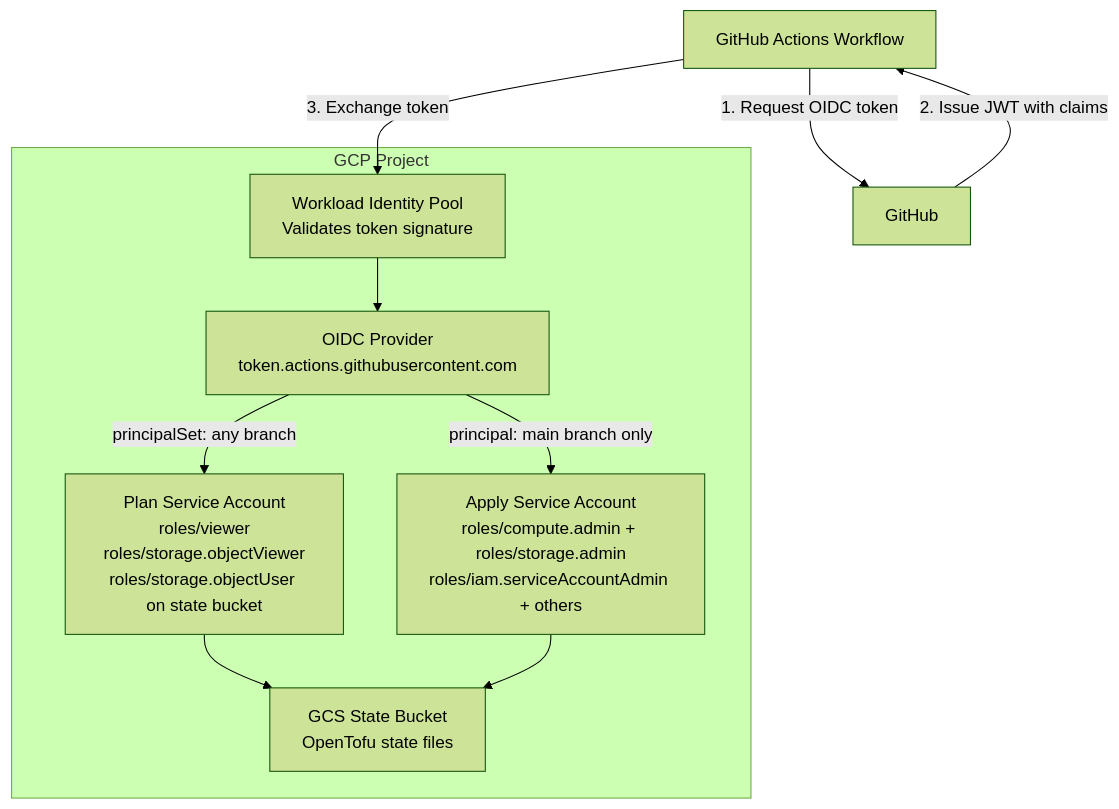
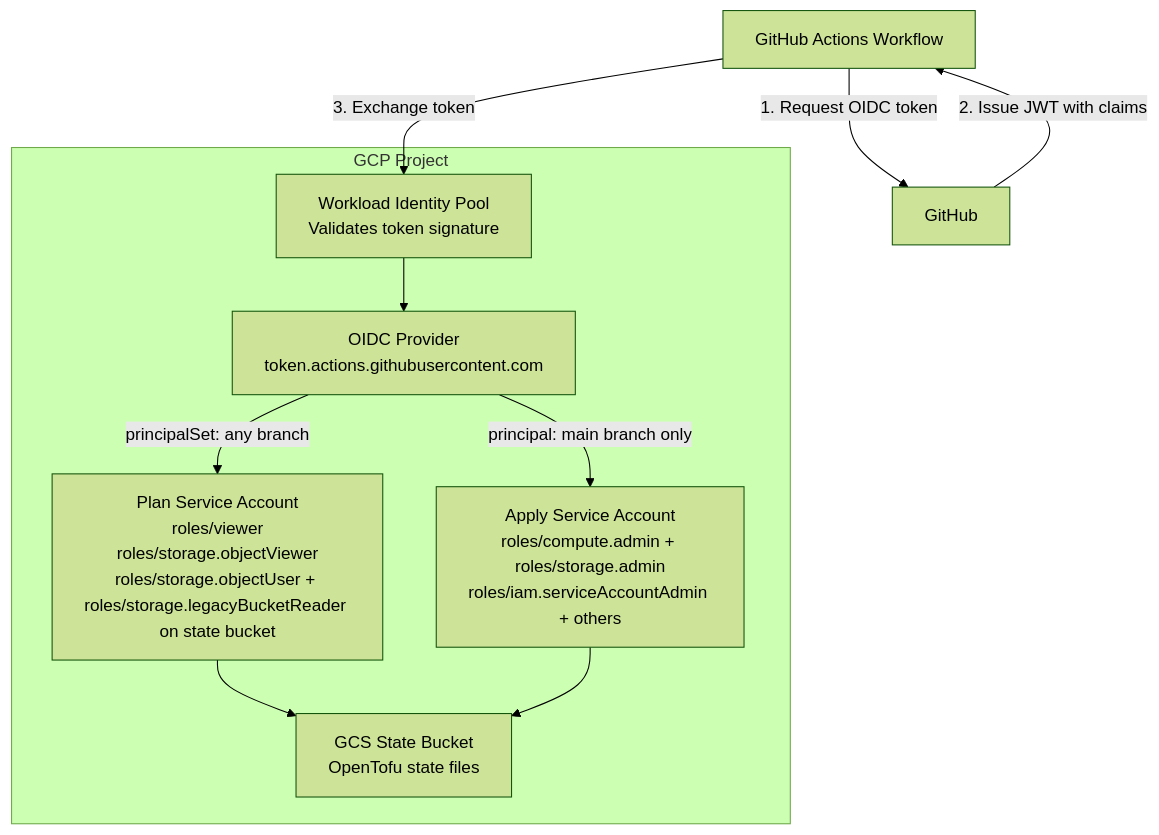
One commit to dg-infrastructure/terragrunt-scale-catalog changed the diagram in stacks/gcp/github/pipelines-bootstrap/README.md. Above: the diagram before and after it, drawn with Mermaid (forest theme). The commit also changed other lines of this file and 2 other files, not shown here.

Commit message:
added additional storage.legacyBucketReader role needed for plan SA

````diff
--- a/stacks/gcp/github/pipelines-bootstrap/README.md
+++ b/stacks/gcp/github/pipelines-bootstrap/README.md
@@ -75,21 +75,21 @@
 ```mermaid
 flowchart TD
     A[GitHub Actions Workflow] -->|1. Request OIDC token| B[GitHub]
     B -->|2. Issue JWT with claims| A
     A -->|3. Exchange token| C[Workload Identity Pool]
 
     subgraph GCP["GCP Project"]
         C[Workload Identity Pool<br/>Validates token signature]
         D[OIDC Provider<br/>token.actions.githubusercontent.com]
         C --> D
 
         D -->|principalSet: any branch| E[Plan Service Account]
         D -->|principal: main branch only| F[Apply Service Account]
 
-        E[Plan Service Account<br/>roles/viewer<br/>roles/storage.objectViewer<br/>roles/storage.objectUser on state bucket]
+        E[Plan Service Account<br/>roles/viewer<br/>roles/storage.objectViewer<br/>roles/storage.objectUser + roles/storage.legacyBucketReader on state bucket]
         F[Apply Service Account<br/>roles/compute.admin + roles/storage.admin<br/>roles/iam.serviceAccountAdmin + others]
 
         E --> G[GCS State Bucket]
         F --> G[GCS State Bucket<br/>OpenTofu state files]
     end
 ```
````
